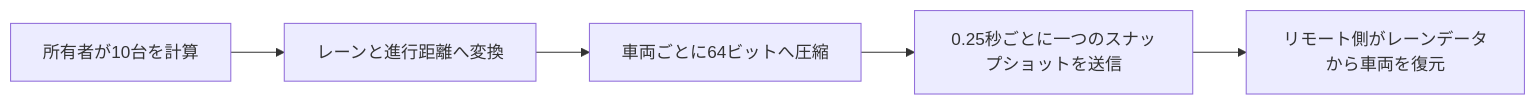
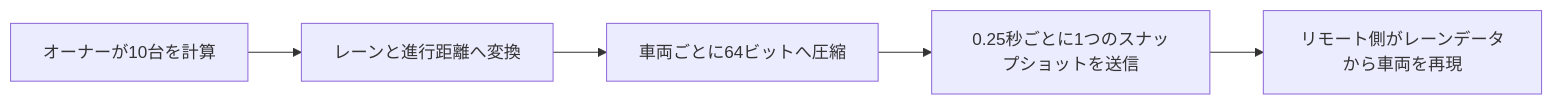
One commit to hjcud/Shinjuku-Live-Street changed the diagram in Docs/optimization.ja.md. Above: the diagram before and after it, drawn with Mermaid. The commit also changed other lines of this file and 9 other files, not shown here.

````diff
--- a/Docs/optimization.ja.md
+++ b/Docs/optimization.ja.md
@@ -80,7 +80,7 @@
 ```mermaid
 flowchart LR
-    A[所有者が10台を計算] --> B[レーンと進行距離へ変換]
+    A[オーナーが10台を計算] --> B[レーンと進行距離へ変換]
     B --> C[車両ごとに64ビットへ圧縮]
-    C --> D[0.25秒ごとに一つのスナップショットを送信]
-    D --> E[リモート側がレーンデータから車両を復元]
+    C --> D[0.25秒ごとに1つのスナップショットを送信]
+    D --> E[リモート側がレーンデータから車両を再現]
 ```
````
